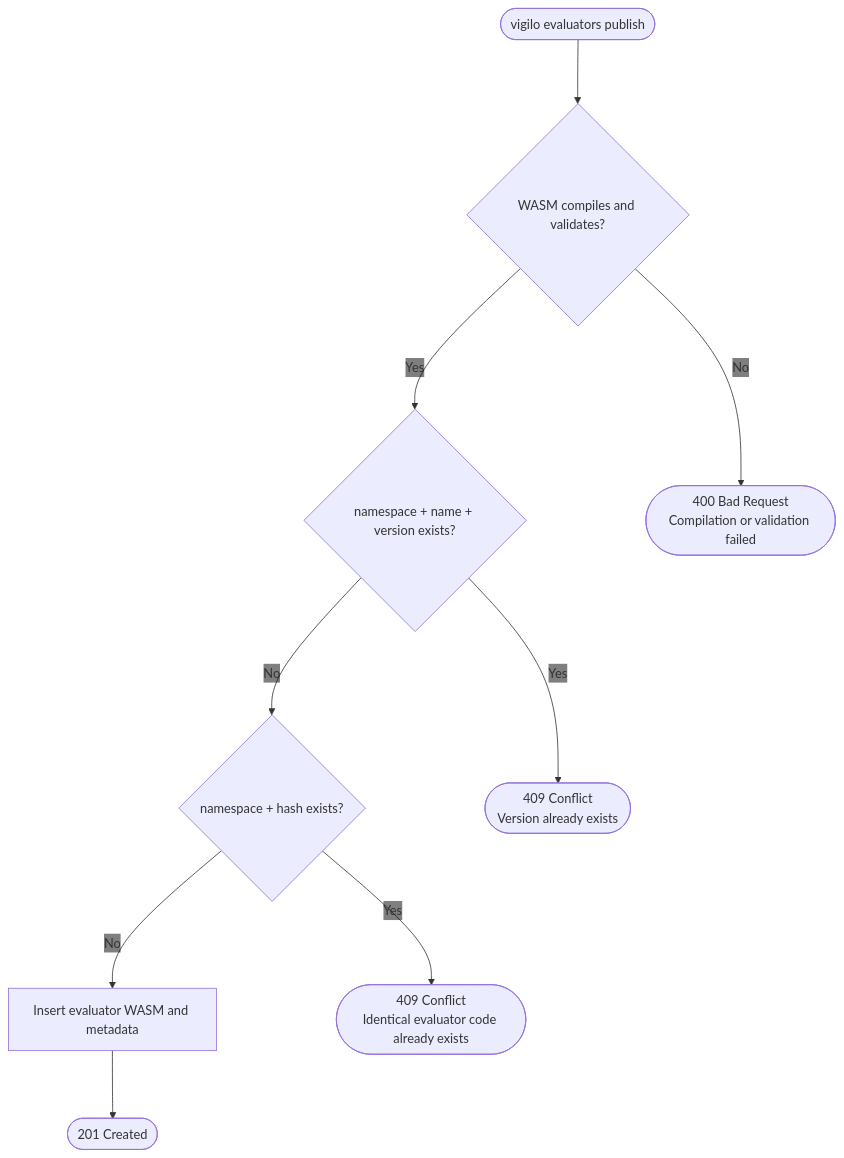
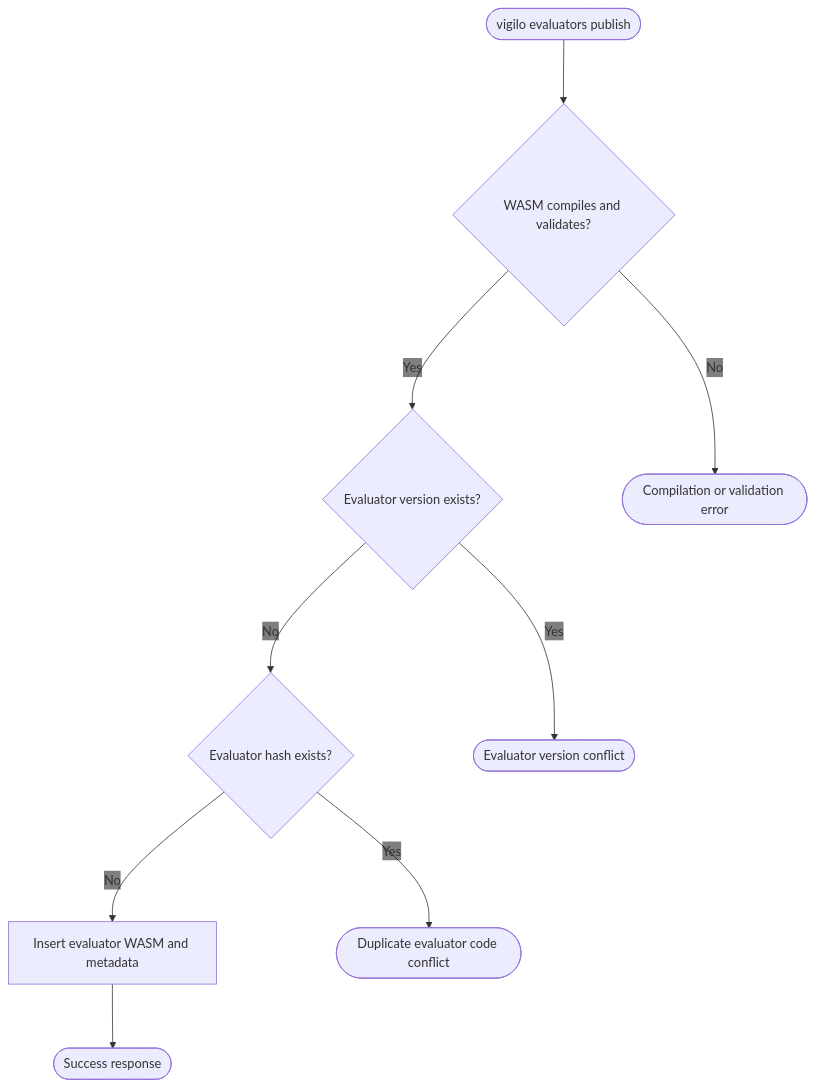
Before and after one commit to gregl83/agent-vigilo: the diagram in web/docs/architecture/flows/evaluators/publish/decision-flow.mmd, drawn with Mermaid. The commit also changed 1 other file, not shown here.

Commit message:
update evals pub diagrams to use generic results
- success and response vs protocol specific

```diff
--- a/web/docs/architecture/flows/evaluators/publish/decision-flow.mmd
+++ b/web/docs/architecture/flows/evaluators/publish/decision-flow.mmd
@@ -1,31 +1,35 @@
 ---
 config:
   flowchart:
     nodeSpacing: 150
     rankSpacing: 80
   themeVariables:
     edgeLabelBackground: 'transparent'
 ---
 flowchart TD
     Start([vigilo evaluators publish])
+
     Compile{WASM compiles and validates?}
-    Version{namespace + name + version exists?}
-    Hash{namespace + hash exists?}
+    Version{Evaluator version exists?}
+    Hash{Evaluator hash exists?}
+
     Persist[Insert evaluator WASM and metadata]
-    Success([201 Created])
 
-    CompileFail([400 Bad Request<br/>Compilation or validation failed])
-    VersionFail([409 Conflict<br/>Version already exists])
-    HashFail([409 Conflict<br/>Identical evaluator code already exists])
+    Success([Success response])
+
+    CompileFail([Compilation or validation error])
+    VersionFail([Evaluator version conflict])
+    HashFail([Duplicate evaluator code conflict])
 
     Start --> Compile
+
     Compile -- No --> CompileFail
     Compile -- Yes --> Version
 
     Version -- Yes --> VersionFail
     Version -- No --> Hash
 
     Hash -- Yes --> HashFail
     Hash -- No --> Persist
 
     Persist --> Success
```
